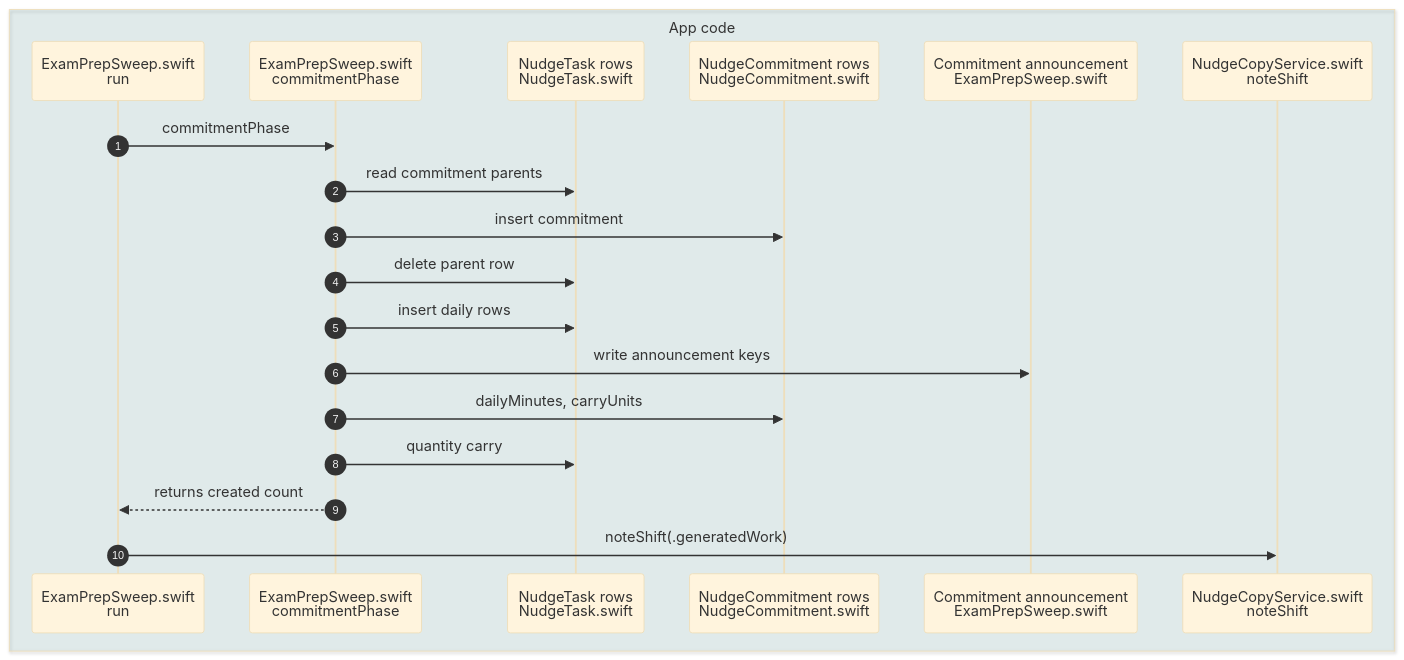
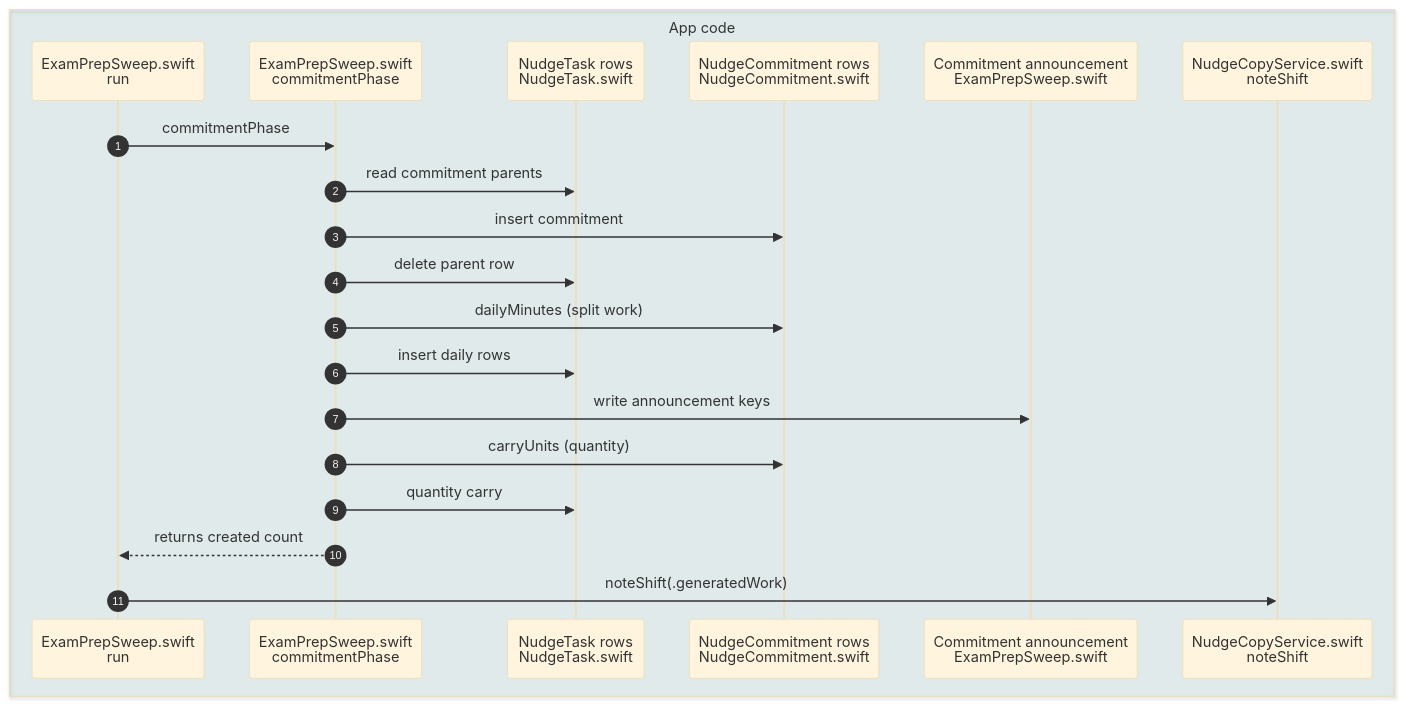
The diagram in docs/diagrams/capture-sequence-7-commitments.mmd (deblaseroman/nudge-app), drawn with Mermaid (base theme) before and after one commit. The commit also changed 30 other files, not shown here.

First line of the commit message:
Diagrams: fix drift-report section G and the A-21, A-36 diagram lines

```diff
--- a/docs/diagrams/capture-sequence-7-commitments.mmd
+++ b/docs/diagrams/capture-sequence-7-commitments.mmd
@@ -1,22 +1,23 @@
 %% artifact: https://claude.ai/artifact/V94jwh3z6f3bumw16V9xGk
 %% commit ede6774 · after the save, call 3: a captured commitment whose numbers are known becomes a NudgeCommitment row and daily tasks. Steps are explained in the table on the page.
 sequenceDiagram
   autonumber
   box rgba(14,111,111,0.10) App code
     participant RUN as ExamPrepSweep.swift<br/>run
     participant PHASE as ExamPrepSweep.swift<br/>commitmentPhase
     participant TASKS as NudgeTask rows<br/>NudgeTask.swift
     participant COMMIT as NudgeCommitment rows<br/>NudgeCommitment.swift
     participant ANN as Commitment announcement<br/>ExamPrepSweep.swift
     participant SHIFT as NudgeCopyService.swift<br/>noteShift
   end
   RUN->>PHASE: commitmentPhase
   PHASE->>TASKS: read commitment parents
   PHASE->>COMMIT: insert commitment
   PHASE->>TASKS: delete parent row
+  PHASE->>COMMIT: dailyMinutes (split work)
   PHASE->>TASKS: insert daily rows
   PHASE->>ANN: write announcement keys
-  PHASE->>COMMIT: dailyMinutes, carryUnits
+  PHASE->>COMMIT: carryUnits (quantity)
   PHASE->>TASKS: quantity carry
   PHASE-->>RUN: returns created count
   RUN->>SHIFT: noteShift(.generatedWork)
```
